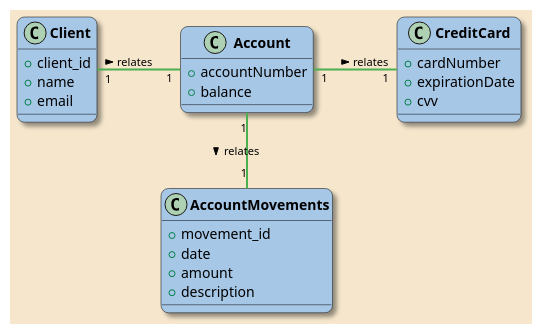
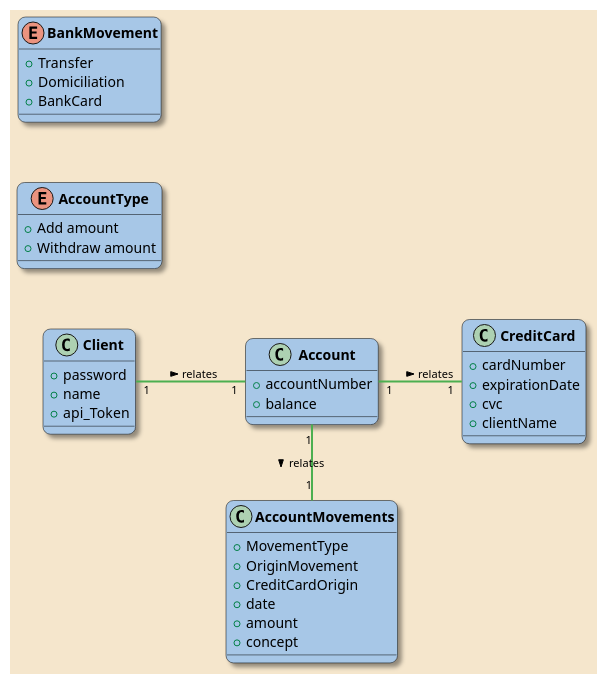
Before and after one commit to retoquesexpress/banco-back: the diagram in src/public/bancoBack.puml, drawn with PlantUML.

Commit message:
feat(retoquesexpress/sprint2#39): UML BancoBack

```diff
--- a/src/public/bancoBack.puml
+++ b/src/public/bancoBack.puml
@@ -1,53 +1,66 @@
 @startuml
 
 'Direccion of the diagram'
 left to right direction
 'Used style'
 skinparam backgroundColor #F5E6CC
 'Classes'
 skinparam classBackgroundColor #A7C7E7
 skinparam classBorderColor #000000
 skinparam shadowing true
 skinparam roundcorner 15
 'Titles'
 skinparam classFontColor #000000
 skinparam classFontStyle bold
 'Relationships'
 skinparam classArrowColor #4CAF50
 skinparam classArrowThickness 2
 skinparam classArrowFontColor black
 skinparam classArrowFontSize 11
 skinparam nodesep 60
 skinparam ranksep 10
 
 class Account {
     +accountNumber
     +balance
 
 }
 
 class Client {
-    +client_id
+    +password
     +name
-    +email
+    +api_Token
 }
 
 class CreditCard {
     +cardNumber
     +expirationDate
-    +cvv
+    +cvc
+    +clientName
 }
 
 class AccountMovements {
-+movement_id
+    +MovementType
+    +OriginMovement
+    +CreditCardOrigin
     +date
     +amount
-    +description
+    +concept
+}
+enum AccountType {
+    +Add amount
+    +Withdraw amount
+}
+
+enum BankMovement {
+    +Transfer
+    +Domiciliation
+    +BankCard
 }
 
 Client "1" -- "1" Account : relates >
 Account "1" -- "1" CreditCard : relates >
 Account "1" - "1" AccountMovements : relates >
 
 
 @enduml
```
